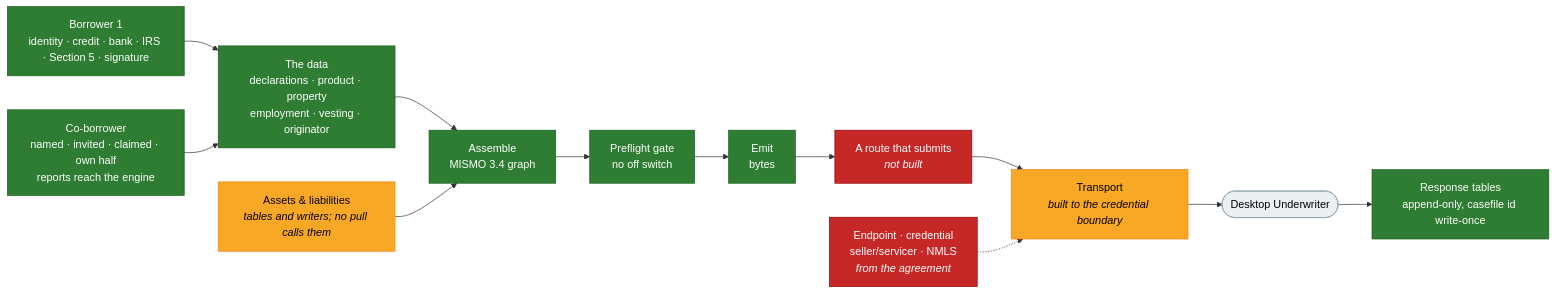
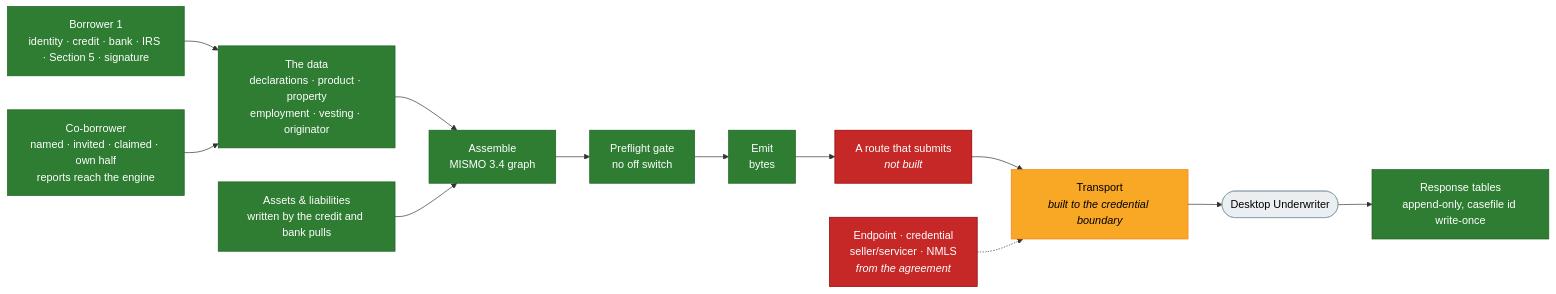
One commit to Walt-Home/Homestead-Mortgages changed the diagram in docs/du-readiness.md. Above: the diagram before and after it, drawn with Mermaid. The commit also changed other lines of this file and 8 other files, not shown here.

````diff
--- a/docs/du-readiness.md
+++ b/docs/du-readiness.md
@@ -25,27 +25,27 @@
 ```mermaid
 flowchart LR
   classDef green fill:#2e7d32,stroke:#1b5e20,color:#fff
   classDef yellow fill:#f9a825,stroke:#f57f17,color:#000
   classDef red fill:#c62828,stroke:#8e0000,color:#fff
   classDef ext fill:#eceff1,stroke:#90a4ae,color:#000
 
   B1["Borrower 1<br/>identity · credit · bank · IRS · Section 5 · signature"]:::green
   CB["Co-borrower<br/>named · invited · claimed · own half<br/>reports reach the engine"]:::green
   DATA["The data<br/>declarations · product · property<br/>employment · vesting · originator"]:::green
-  AST["Assets & liabilities<br/><i>tables and writers; no pull calls them</i>"]:::yellow
+  AST["Assets & liabilities<br/>written by the credit and bank pulls"]:::green
   ASM["Assemble<br/>MISMO 3.4 graph"]:::green
   GATE["Preflight gate<br/>no off switch"]:::green
   EMIT["Emit<br/>bytes"]:::green
   RUN["A route that submits<br/><i>not built</i>"]:::red
   TX["Transport<br/><i>built to the credential boundary</i>"]:::yellow
   KEYS["Endpoint · credential<br/>seller/servicer · NMLS<br/><i>from the agreement</i>"]:::red
   DU(["Desktop Underwriter"]):::ext
   RESP["Response tables<br/>append-only, casefile id write-once"]:::green
 
   B1 --> DATA
   CB --> DATA
   DATA --> ASM
   AST --> ASM
   ASM --> GATE --> EMIT --> RUN --> TX --> DU --> RESP
   KEYS -.-> TX
 ```
````
